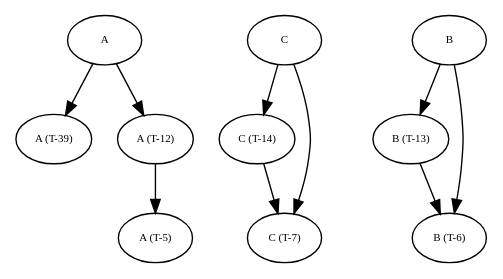
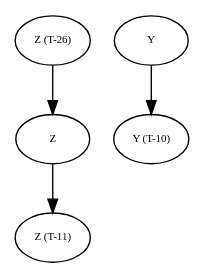
Before and after one commit to amso100/livescript-declarations: the diagram in graphs/debug_tree0.dot, drawn with Graphviz. The commit also changed 8 other files, not shown here.

```diff
--- a/graphs/debug_tree0.dot
+++ b/graphs/debug_tree0.dot
@@ -1,87 +1,38 @@
 digraph RGL__DirectedAdjacencyGraph {
-    A [
+    "Z (T-26)" [
         fontsize = 8,
-        label = A
+        label = "Z (T-26)"
     ]
 
-    "A (T-39)" [
+    Z [
         fontsize = 8,
-        label = "A (T-39)"
+        label = Z
     ]
 
-    "A (T-12)" [
+    "Z (T-11)" [
         fontsize = 8,
-        label = "A (T-12)"
+        label = "Z (T-11)"
     ]
 
-    "A (T-5)" [
+    Y [
         fontsize = 8,
-        label = "A (T-5)"
+        label = Y
     ]
 
-    C [
+    "Y (T-10)" [
         fontsize = 8,
-        label = C
+        label = "Y (T-10)"
     ]
 
-    "C (T-14)" [
-        fontsize = 8,
-        label = "C (T-14)"
-    ]
-
-    "C (T-7)" [
-        fontsize = 8,
-        label = "C (T-7)"
-    ]
-
-    B [
-        fontsize = 8,
-        label = B
-    ]
-
-    "B (T-13)" [
-        fontsize = 8,
-        label = "B (T-13)"
-    ]
-
-    "B (T-6)" [
-        fontsize = 8,
-        label = "B (T-6)"
-    ]
-
-    A -> "A (T-39)" [
+    "Z (T-26)" -> Z [
         fontsize = 8
     ]
 
-    A -> "A (T-12)" [
+    Z -> "Z (T-11)" [
         fontsize = 8
     ]
 
-    "A (T-12)" -> "A (T-5)" [
-        fontsize = 8
-    ]
-
-    C -> "C (T-14)" [
-        fontsize = 8
-    ]
-
-    C -> "C (T-7)" [
-        fontsize = 8
-    ]
-
-    "C (T-14)" -> "C (T-7)" [
-        fontsize = 8
-    ]
-
-    B -> "B (T-13)" [
-        fontsize = 8
-    ]
-
-    B -> "B (T-6)" [
-        fontsize = 8
-    ]
-
-    "B (T-13)" -> "B (T-6)" [
+    Y -> "Y (T-10)" [
         fontsize = 8
     ]
 }
```
